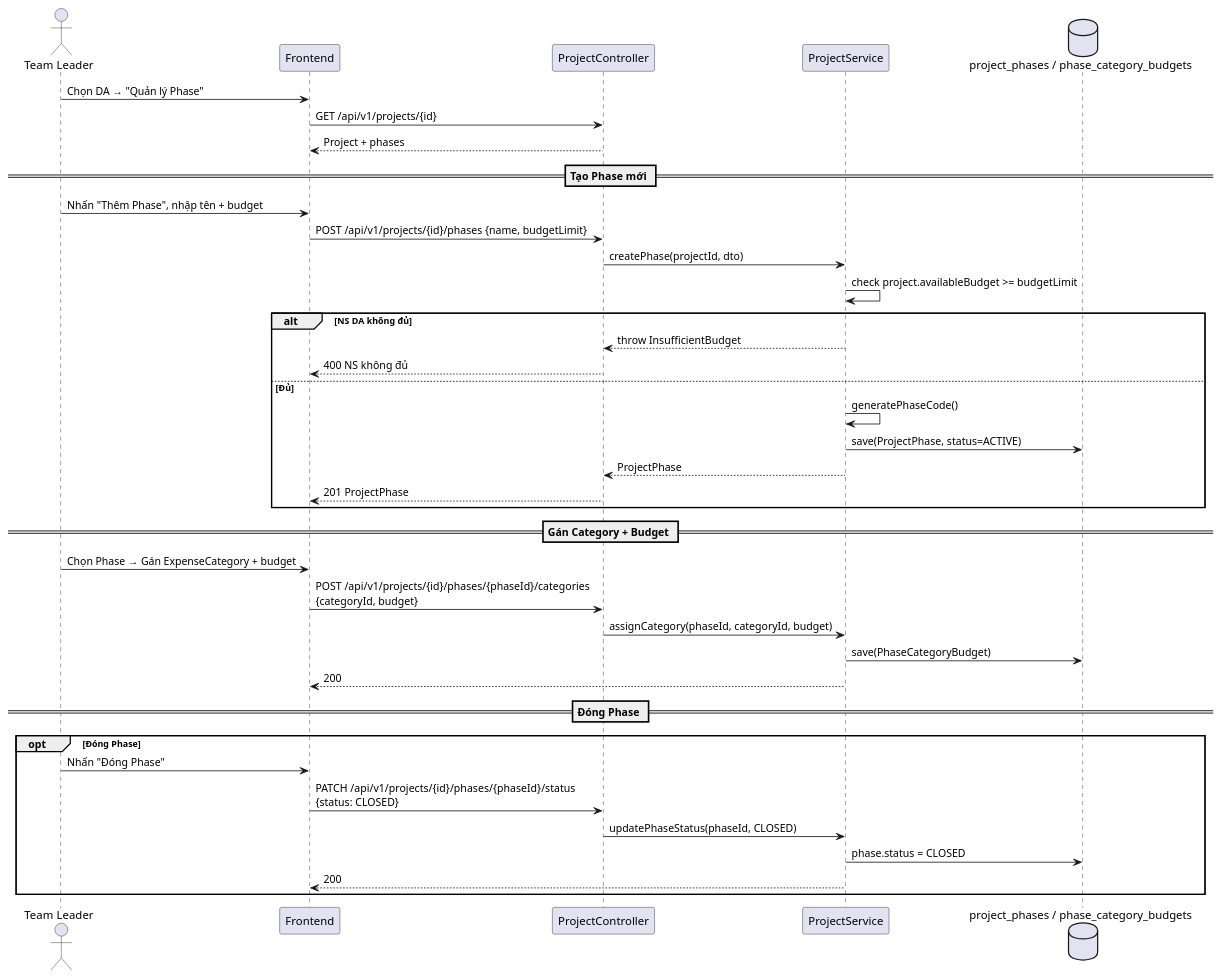
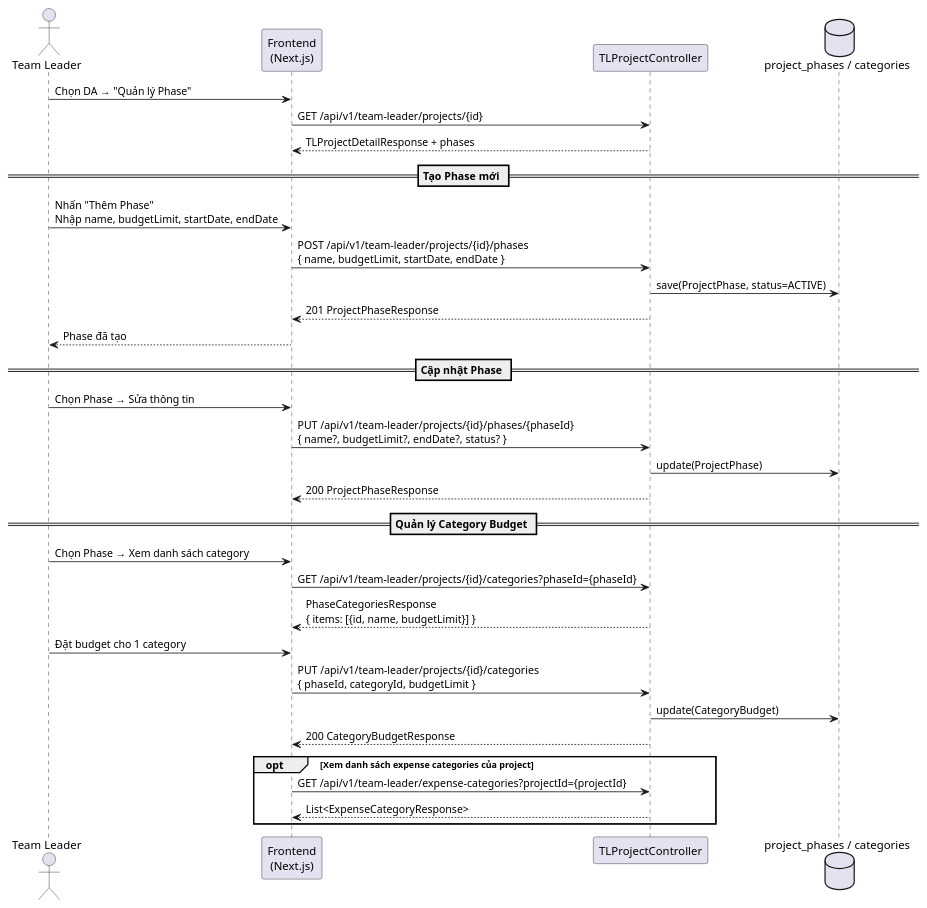
One commit to Quoosc/INTERNAL_FINANCIAL_CASHFLOW_MANAGEMENT_SYSTEM_USING_INTERNAL_WALLET_MODEL_FRONTEND changed the diagram in docs/diagrams/sequence/UC-TL-03_ManagePhasesBudget.puml. Above: the diagram before and after it, drawn with PlantUML. The commit also changed 55 other files, not shown here.

```diff
--- a/docs/diagrams/sequence/UC-TL-03_ManagePhasesBudget.puml
+++ b/docs/diagrams/sequence/UC-TL-03_ManagePhasesBudget.puml
@@ -1,48 +1,43 @@
-@startuml UC-TL-03: Manage Project Phases & Budget
+@startuml
 
 actor "Team Leader" as TL
-participant "Frontend" as FE
-participant "ProjectController" as API
-participant "ProjectService" as Svc
-database "project_phases / phase_category_budgets" as DB
+participant "Frontend\n(Next.js)" as FE
+participant "TLProjectController" as API
+database "project_phases / categories" as DB
 
 TL -> FE: Chọn DA → "Quản lý Phase"
-FE -> API: GET /api/v1/projects/{id}
-API --> FE: Project + phases
+FE -> API: GET /api/v1/team-leader/projects/{id}
+API --> FE: TLProjectDetailResponse + phases
 
 == Tạo Phase mới ==
 
-TL -> FE: Nhấn "Thêm Phase", nhập tên + budget
-FE -> API: POST /api/v1/projects/{id}/phases {name, budgetLimit}
-API -> Svc: createPhase(projectId, dto)
-Svc -> Svc: check project.availableBudget >= budgetLimit
+TL -> FE: Nhấn "Thêm Phase"\nNhập name, budgetLimit, startDate, endDate
+FE -> API: POST /api/v1/team-leader/projects/{id}/phases\n{ name, budgetLimit, startDate, endDate }
+API -> DB: save(ProjectPhase, status=ACTIVE)
+API --> FE: 201 ProjectPhaseResponse
+FE --> TL: Phase đã tạo
 
-alt NS DA không đủ
-    Svc --> API: throw InsufficientBudget
-    API --> FE: 400 NS không đủ
-else Đủ
-    Svc -> Svc: generatePhaseCode()
-    Svc -> DB: save(ProjectPhase, status=ACTIVE)
-    Svc --> API: ProjectPhase
-    API --> FE: 201 ProjectPhase
-end
+== Cập nhật Phase ==
 
-== Gán Category + Budget ==
+TL -> FE: Chọn Phase → Sửa thông tin
+FE -> API: PUT /api/v1/team-leader/projects/{id}/phases/{phaseId}\n{ name?, budgetLimit?, endDate?, status? }
+API -> DB: update(ProjectPhase)
+API --> FE: 200 ProjectPhaseResponse
 
-TL -> FE: Chọn Phase → Gán ExpenseCategory + budget
-FE -> API: POST /api/v1/projects/{id}/phases/{phaseId}/categories\n{categoryId, budget}
-API -> Svc: assignCategory(phaseId, categoryId, budget)
-Svc -> DB: save(PhaseCategoryBudget)
-Svc --> FE: 200
+== Quản lý Category Budget ==
 
-== Đóng Phase ==
+TL -> FE: Chọn Phase → Xem danh sách category
+FE -> API: GET /api/v1/team-leader/projects/{id}/categories?phaseId={phaseId}
+API --> FE: PhaseCategoriesResponse\n{ items: [{id, name, budgetLimit}] }
 
-opt Đóng Phase
-    TL -> FE: Nhấn "Đóng Phase"
-    FE -> API: PATCH /api/v1/projects/{id}/phases/{phaseId}/status\n{status: CLOSED}
-    API -> Svc: updatePhaseStatus(phaseId, CLOSED)
-    Svc -> DB: phase.status = CLOSED
-    Svc --> FE: 200
+TL -> FE: Đặt budget cho 1 category
+FE -> API: PUT /api/v1/team-leader/projects/{id}/categories\n{ phaseId, categoryId, budgetLimit }
+API -> DB: update(CategoryBudget)
+API --> FE: 200 CategoryBudgetResponse
+
+opt Xem danh sách expense categories của project
+    FE -> API: GET /api/v1/team-leader/expense-categories?projectId={projectId}
+    API --> FE: List<ExpenseCategoryResponse>
 end
 
 @enduml
```
